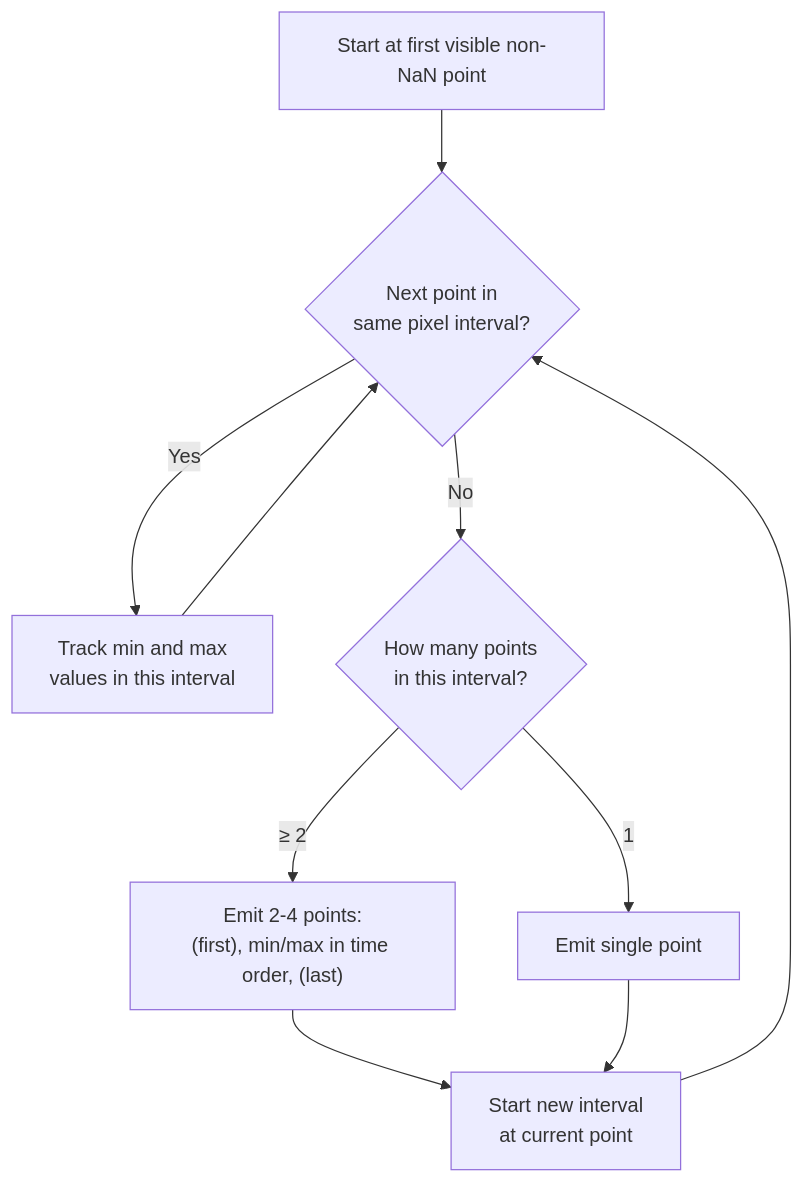
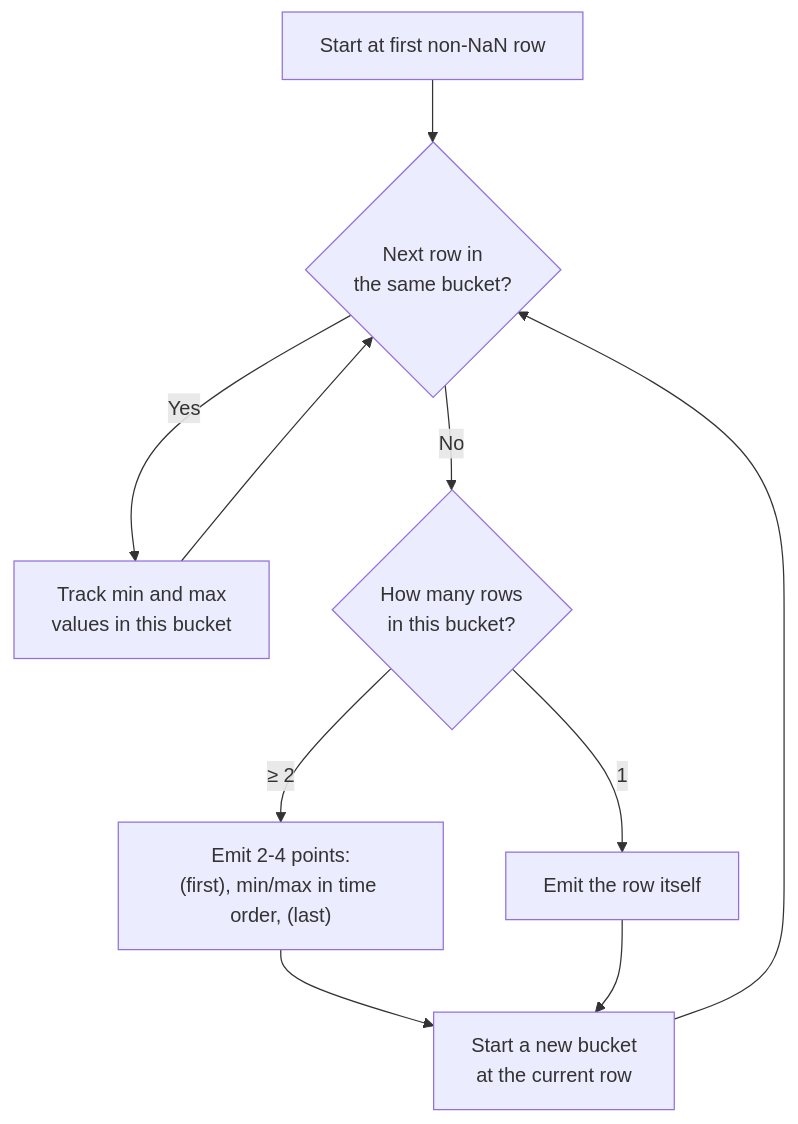
One commit to SciQLop/NeoQCP changed the first of 3 diagrams in docs/architecture/adaptive-sampling.md. Above: the diagram before and after it, drawn with Mermaid. The commit also changed other lines of this file and 1 other file, not shown here.

First line of the commit message:
docs(architecture): adaptive sampling and gaps walk through linesInData

````diff
--- a/docs/architecture/adaptive-sampling.md
+++ b/docs/architecture/adaptive-sampling.md
@@ -27,12 +28,12 @@
 ```mermaid
 flowchart TD
-    A["Start at first visible non-NaN point"] --> B{"Next point in<br/>same pixel interval?"}
-    B -->|Yes| C["Track min and max<br/>values in this interval"]
+    A["Start at first non-NaN row"] --> B{"Next row in<br/>the same bucket?"}
+    B -->|Yes| C["Track min and max<br/>values in this bucket"]
     C --> B
-    B -->|No| D{"How many points<br/>in this interval?"}
+    B -->|No| D{"How many rows<br/>in this bucket?"}
     D -->|"≥ 2"| E["Emit 2-4 points:<br/>(first), min/max in time order, (last)"]
-    D -->|"1"| F["Emit single point"]
-    E --> G["Start new interval<br/>at current point"]
+    D -->|"1"| F["Emit the row itself"]
+    E --> G["Start a new bucket<br/>at the current row"]
     F --> G
     G --> B
 ```
````
